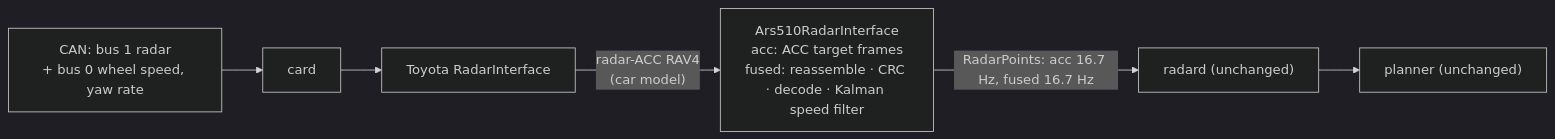
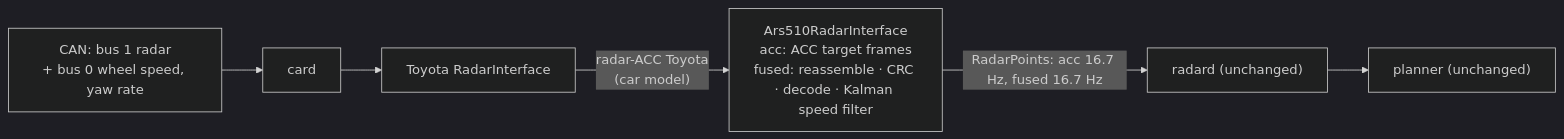
The diagram in README.md (Mlnege/ars510-radar), drawn with Mermaid (dark theme) before and after one commit. The commit also changed other lines of this file and 7 other files, not shown here.

````diff
--- a/README.md
+++ b/README.md
@@ -178,6 +194,6 @@
 ```mermaid
 flowchart LR
     CAN["CAN: bus 1 radar<br/>+ bus 0 wheel speed, yaw rate"] --> card --> RI["Toyota RadarInterface"]
-    RI -- "radar-ACC RAV4<br/>(car model)" --> A["Ars510RadarInterface<br/>acc: ACC target frames<br/>fused: reassemble · CRC · decode · Kalman speed filter"]
+    RI -- "radar-ACC Toyota<br/>(car model)" --> A["Ars510RadarInterface<br/>acc: ACC target frames<br/>fused: reassemble · CRC · decode · Kalman speed filter"]
     A -- "RadarPoints: acc 16.7 Hz, fused 16.7 Hz" --> radard["radard (unchanged)"] --> planner["planner (unchanged)"]
 ```
````
